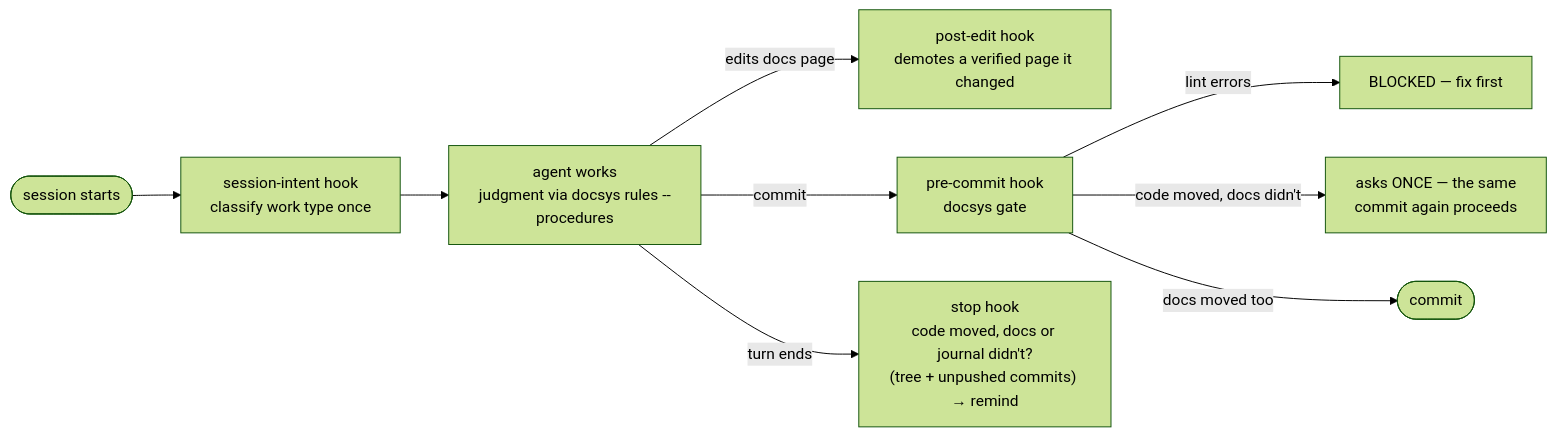
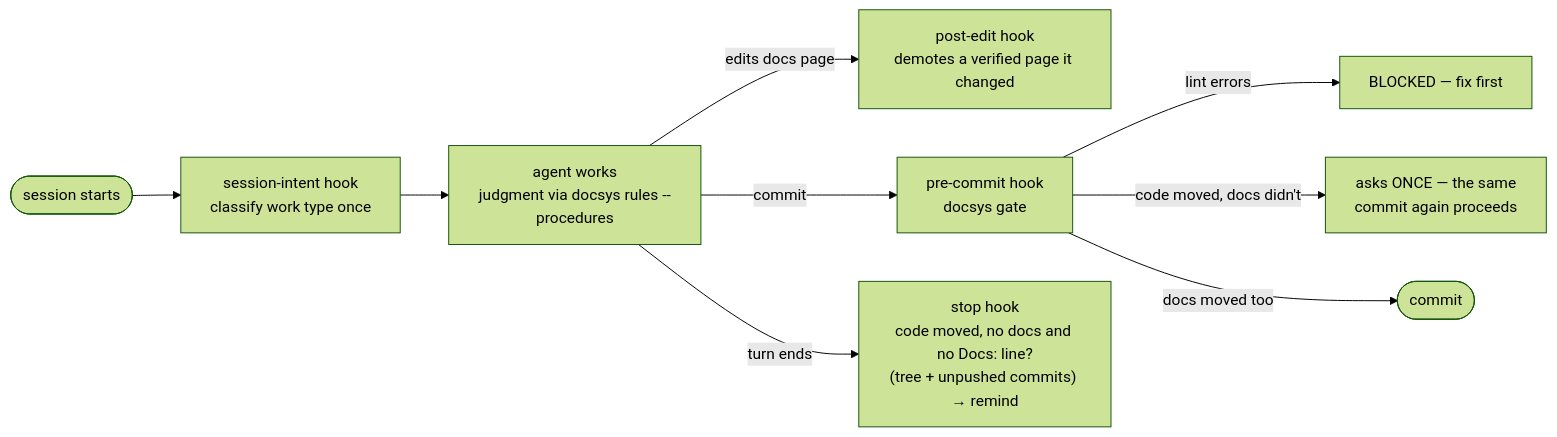
The fourth of 7 diagrams in README.md (FatihErtugral/docsys), drawn with Mermaid (forest theme) before and after one commit. The commit also changed other lines of this file and 43 other files, not shown here.

````diff
--- a/README.md
+++ b/README.md
@@ -131,11 +131,11 @@
 ```mermaid
 flowchart LR
     S([session starts]) --> SI["session-intent hook<br/>classify work type once"]
     SI --> WORK["agent works<br/>judgment via docsys rules --procedures"]
     WORK -- "edits docs page" --> PU["post-edit hook<br/>demotes a verified page it changed"]
     WORK -- "commit" --> PC["pre-commit hook<br/>docsys gate"]
-    WORK -- "turn ends" --> ST["stop hook<br/>code moved, docs or journal didn't?<br/>(tree + unpushed commits) → remind"]
+    WORK -- "turn ends" --> ST["stop hook<br/>code moved, no docs and no Docs: line?<br/>(tree + unpushed commits) → remind"]
     PC -- "lint errors" --> BLOCK[BLOCKED — fix first]
     PC -- "code moved, docs didn't" --> ASK["asks ONCE — the same<br/>commit again proceeds"]
     PC -- "docs moved too" --> DONE([commit])
 ```
````
